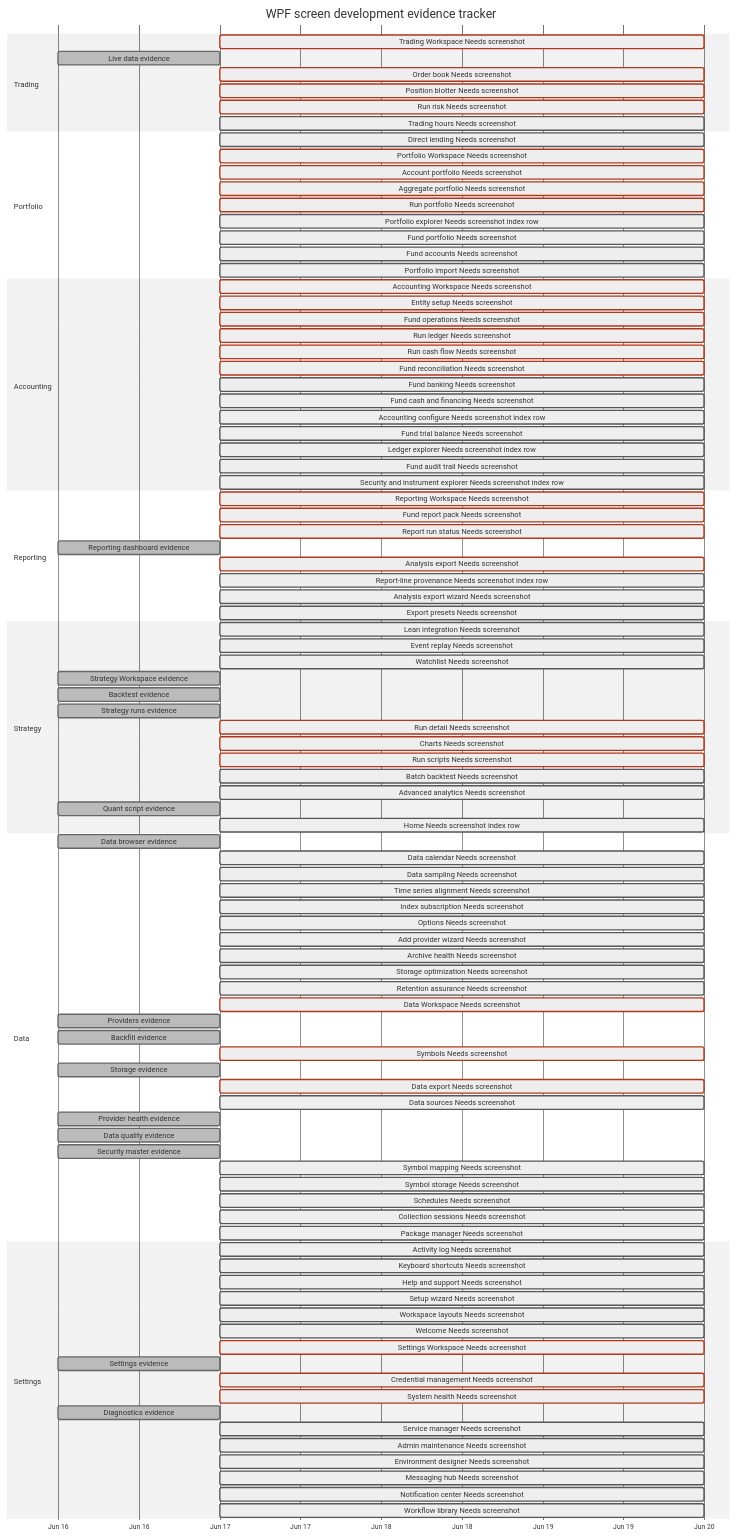
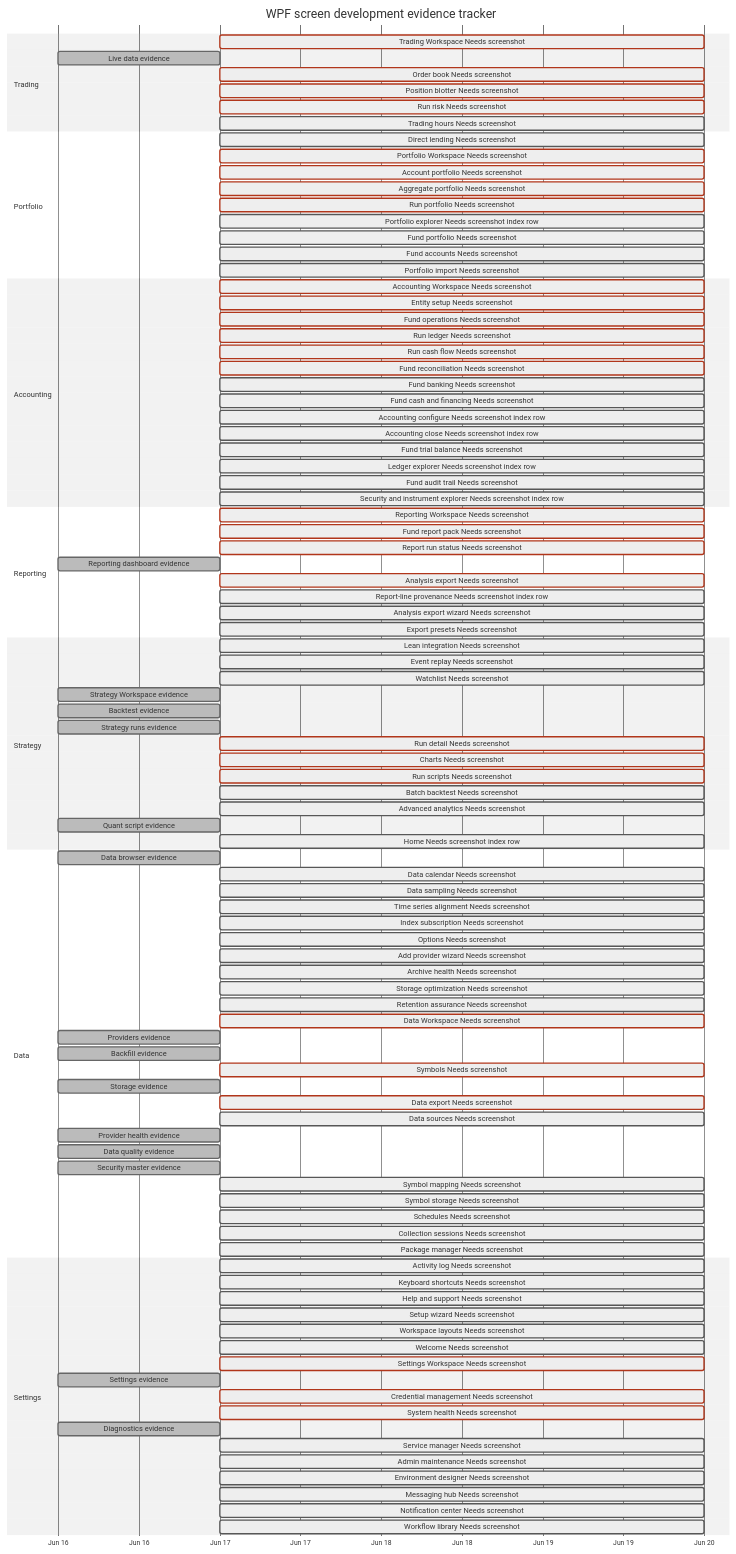
One commit to rodoHasArrived/Meridian-main changed the diagram in docs/status/wpf-screen-development-tracker.md. Above: the diagram before and after it, drawn with Mermaid (neutral theme). The commit also changed other lines of this file and 94 other files, not shown here.

```diff
--- a/docs/status/wpf-screen-development-tracker.md
+++ b/docs/status/wpf-screen-development-tracker.md
@@ -68,6 +68,7 @@
     Fund banking Needs screenshot :active, accounting_fundbanking, 2026-06-17, 3d
     Fund cash and financing Needs screenshot :active, accounting_fundcashfinancing, 2026-06-17, 3d
     Accounting configure Needs screenshot index row :active, accounting_fundaccountingconfigure, 2026-06-17, 3d
+    Accounting close Needs screenshot index row :active, accounting_fundaccountingclose, 2026-06-17, 3d
     Fund trial balance Needs screenshot :active, accounting_fundtrialbalance, 2026-06-17, 3d
     Ledger explorer Needs screenshot index row :active, accounting_ledgerexplorer, 2026-06-17, 3d
     Fund audit trail Needs screenshot :active, accounting_fundaudittrail, 2026-06-17, 3d
```
